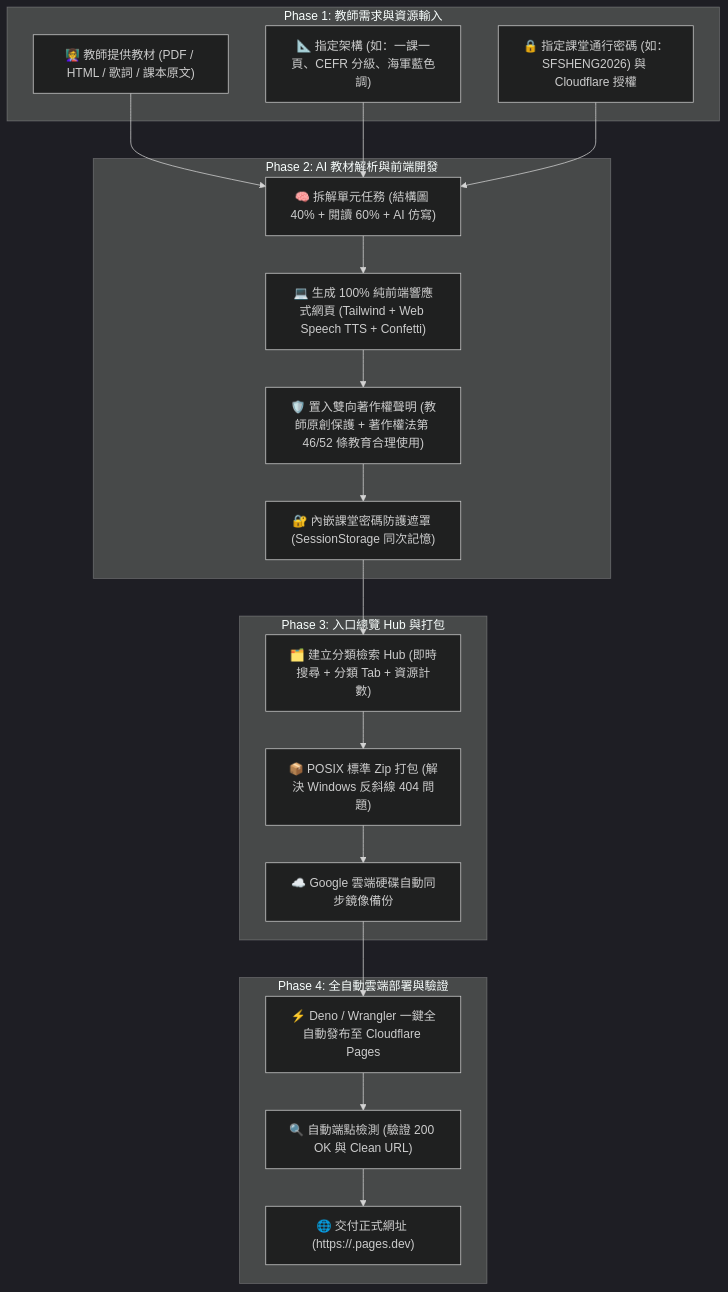
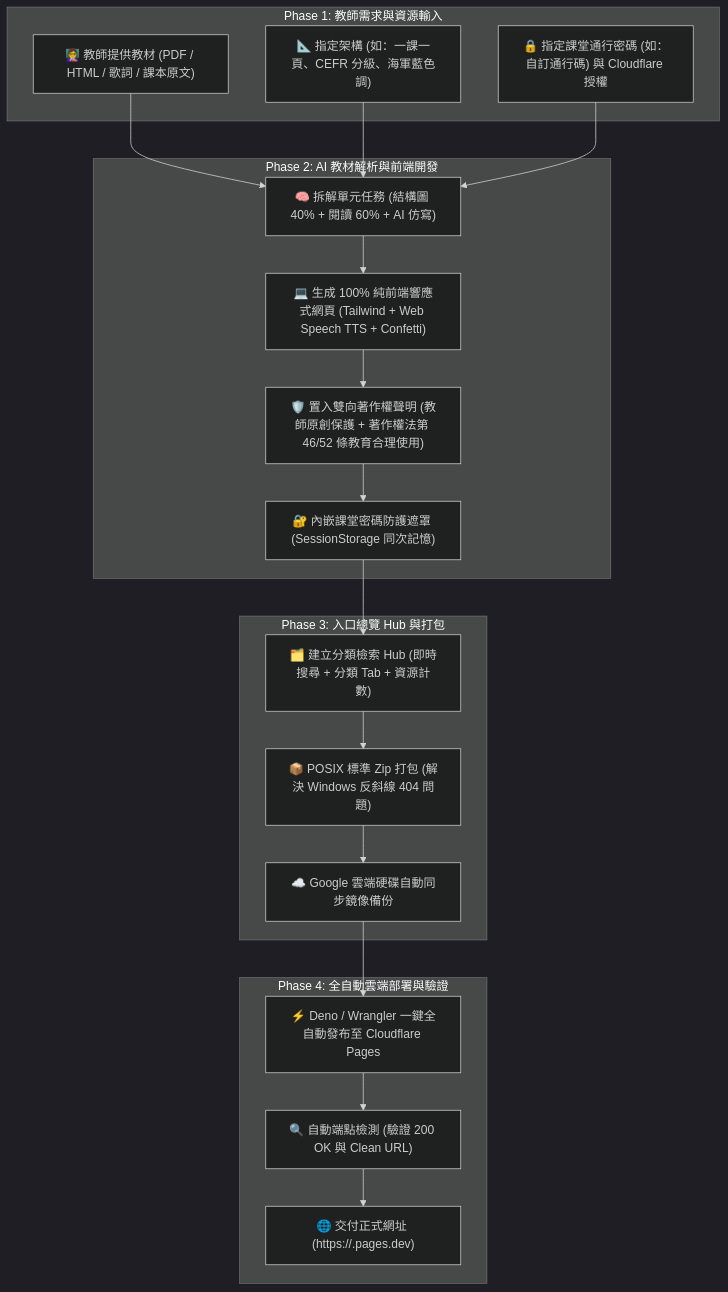
The diagram in skills/educational-resource-hub-builder/SKILL.md (azureplanet-spark/english-teaching-prep-skills), drawn with Mermaid (dark theme) before and after one commit. The commit also changed other lines of this file, not shown here.

````diff
--- a/skills/educational-resource-hub-builder/SKILL.md
+++ b/skills/educational-resource-hub-builder/SKILL.md
@@ -18,32 +18,32 @@
 ```mermaid
 flowchart TD
     subgraph "Phase 1: 教師需求與資源輸入"
         A1["👩‍🏫 教師提供教材 (PDF / HTML / 歌詞 / 課本原文)"]
         A2["📐 指定架構 (如：一課一頁、CEFR 分級、海軍藍色調)"]
-        A3["🔒 指定課堂通行密碼 (如：SFSHENG2026) 與 Cloudflare 授權"]
+        A3["🔒 指定課堂通行密碼 (如：自訂通行碼) 與 Cloudflare 授權"]
     end
 
     subgraph "Phase 2: AI 教材解析與前端開發"
         B1["🧠 拆解單元任務 (結構圖 40% + 閱讀 60% + AI 仿寫)"]
         B2["💻 生成 100% 純前端響應式網頁 (Tailwind + Web Speech TTS + Confetti)"]
         B3["🛡️ 置入雙向著作權聲明 (教師原創保護 + 著作權法第 46/52 條教育合理使用)"]
         B4["🔐 內嵌課堂密碼防護遮罩 (SessionStorage 同次記憶)"]
     end
 
     subgraph "Phase 3: 入口總覽 Hub 與打包"
         C1["🗂️ 建立分類檢索 Hub (即時搜尋 + 分類 Tab + 資源計數)"]
         C2["📦 POSIX 標準 Zip 打包 (解決 Windows 反斜線 404 問題)"]
         C3["☁️ Google 雲端硬碟自動同步鏡像備份"]
     end
 
     subgraph "Phase 4: 全自動雲端部署與驗證"
         D1["⚡ Deno / Wrangler 一鍵全自動發布至 Cloudflare Pages"]
         D2["🔍 自動端點檢測 (驗證 200 OK 與 Clean URL)"]
         D3["🌐 交付正式網址 (https://<project>.pages.dev)"]
     end
 
     A1 & A2 & A3 --> B1
     B1 --> B2 --> B3 --> B4
     B4 --> C1 --> C2 --> C3
     C3 --> D1 --> D2 --> D3
 ```
````
